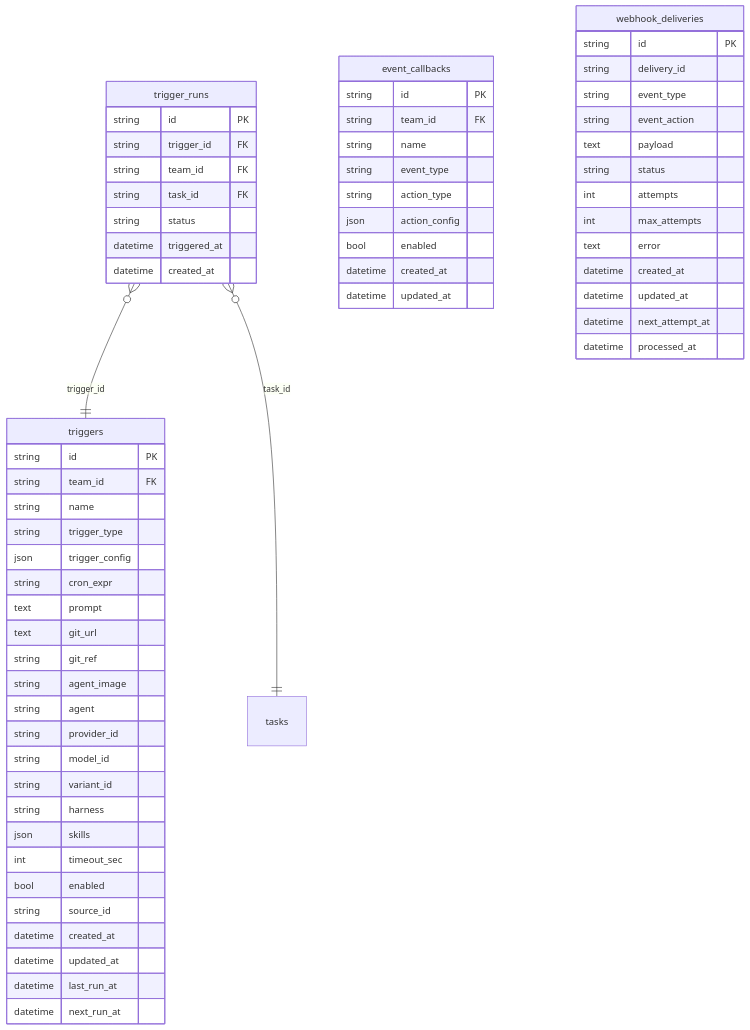
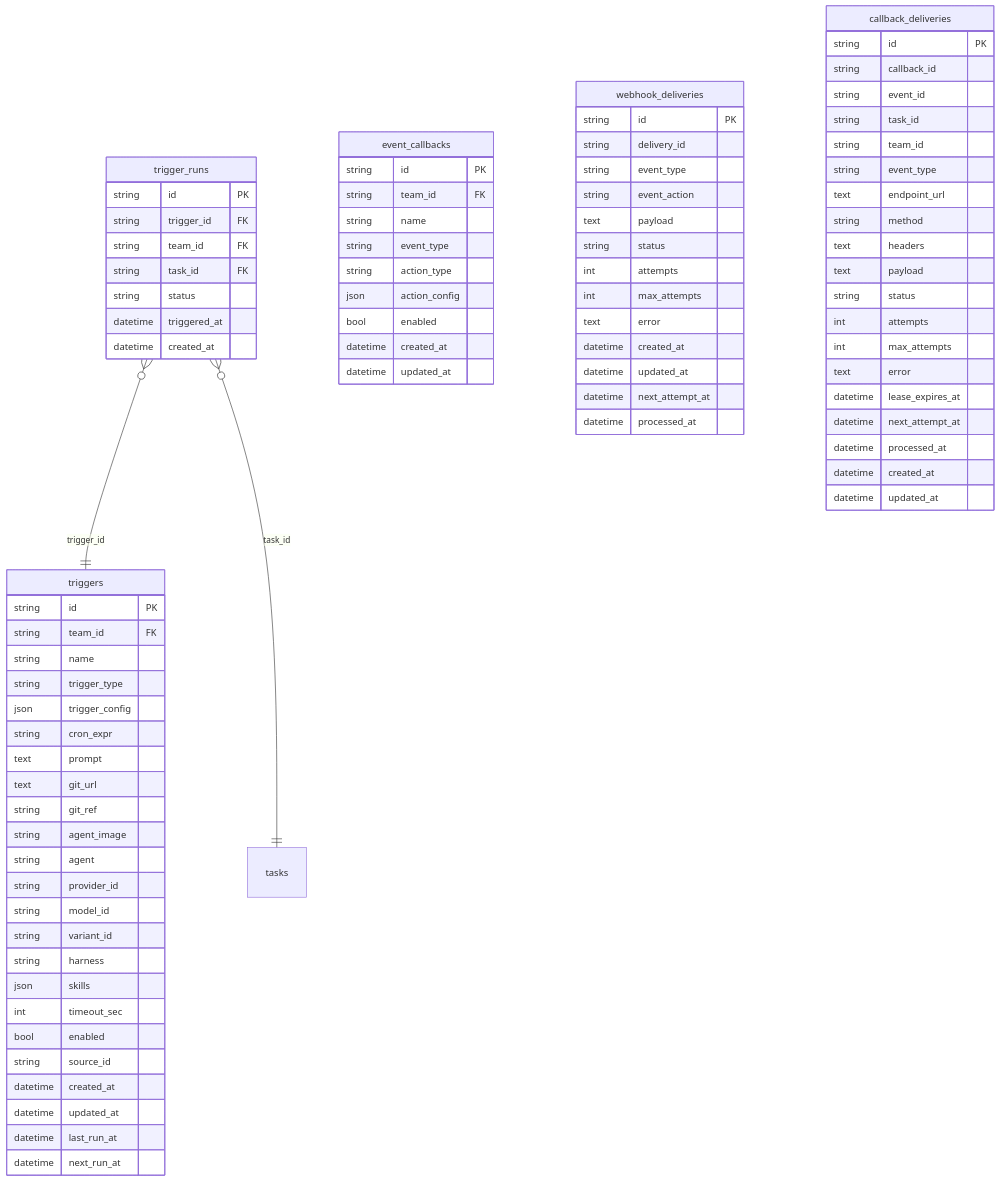
The third of 6 diagrams in docs/SCHEMA.md (flatout-works/chetter), drawn with Mermaid before and after one commit. The commit also changed other lines of this file and 19 other files, not shown here.

````diff
--- a/docs/SCHEMA.md
+++ b/docs/SCHEMA.md
@@ -296,6 +296,27 @@
         datetime next_attempt_at
         datetime processed_at
     }
+    callback_deliveries {
+        string id PK
+        string callback_id
+        string event_id
+        string task_id
+        string team_id
+        string event_type
+        text endpoint_url
+        string method
+        text headers
+        text payload
+        string status
+        int attempts
+        int max_attempts
+        text error
+        datetime lease_expires_at
+        datetime next_attempt_at
+        datetime processed_at
+        datetime created_at
+        datetime updated_at
+    }
     trigger_runs }o--|| triggers : "trigger_id"
     trigger_runs }o--|| tasks : "task_id"
 ```
````
